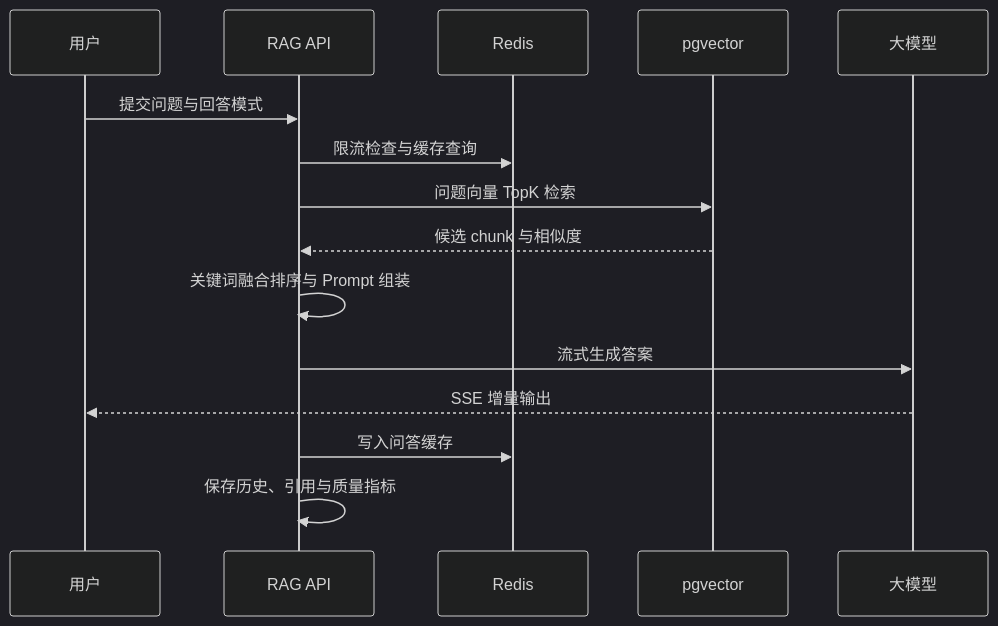
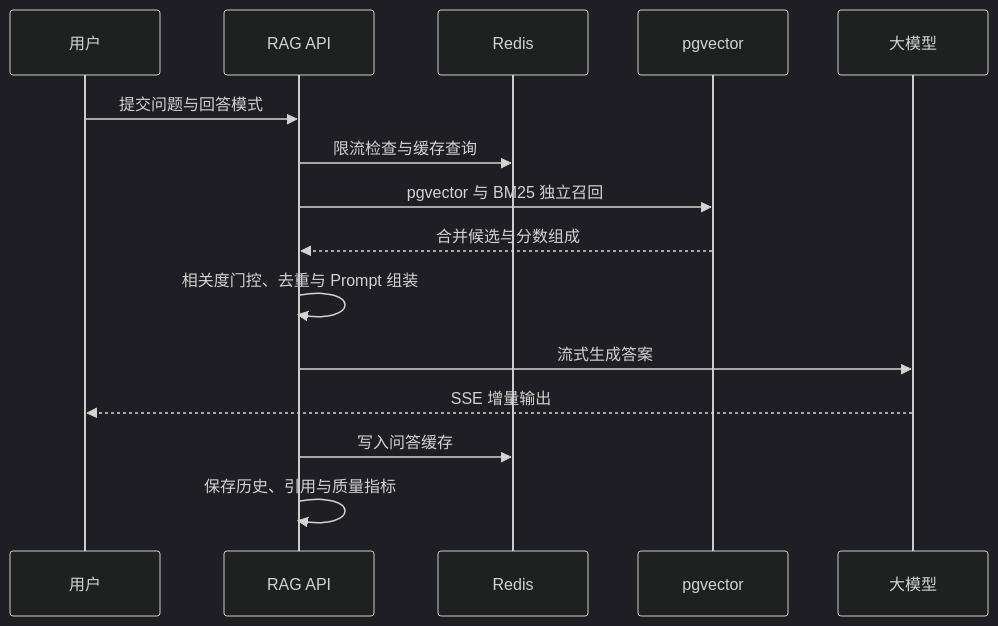
One commit to 20030713/knowledge-rag changed the second of 2 diagrams in README.md. Above: the diagram before and after it, drawn with Mermaid (dark theme). The commit also changed other lines of this file and 29 other files, not shown here.

````diff
--- a/README.md
+++ b/README.md
@@ -85,18 +86,18 @@
 ```mermaid
 sequenceDiagram
     participant User as 用户
     participant API as RAG API
     participant Redis as Redis
     participant Vector as pgvector
     participant LLM as 大模型
 
     User->>API: 提交问题与回答模式
     API->>Redis: 限流检查与缓存查询
-    API->>Vector: 问题向量 TopK 检索
-    Vector-->>API: 候选 chunk 与相似度
-    API->>API: 关键词融合排序与 Prompt 组装
+    API->>Vector: pgvector 与 BM25 独立召回
+    Vector-->>API: 合并候选与分数组成
+    API->>API: 相关度门控、去重与 Prompt 组装
     API->>LLM: 流式生成答案
     LLM-->>User: SSE 增量输出
     API->>Redis: 写入问答缓存
     API->>API: 保存历史、引用与质量指标
 ```
````
